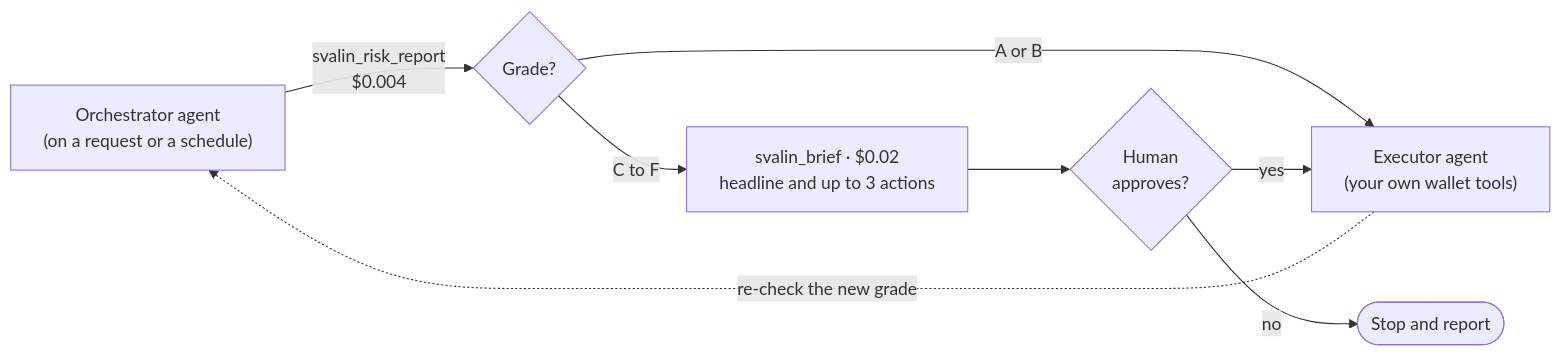
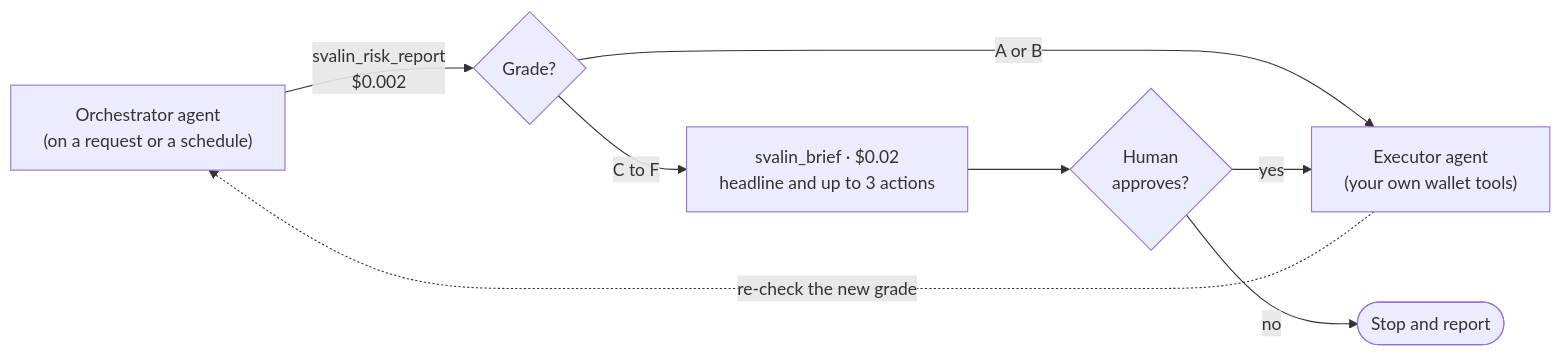
One commit to noobshole/svalin-agent changed the second of 2 diagrams in README.md. Above: the diagram before and after it, drawn with Mermaid. The commit also changed other lines of this file and 23 other files, not shown here.

````diff
--- a/README.md
+++ b/README.md
@@ -156,10 +156,10 @@
 ```mermaid
 flowchart LR
-    O["Orchestrator agent<br/>(on a request or a schedule)"] -->|"svalin_risk_report<br/>$0.004"| G{"Grade?"}
+    O["Orchestrator agent<br/>(on a request or a schedule)"] -->|"svalin_risk_report<br/>$0.002"| G{"Grade?"}
     G -->|"A or B"| X["Executor agent<br/>(your own wallet tools)"]
     G -->|"C to F"| B["svalin_brief · $0.02<br/>headline and up to 3 actions"]
     B --> H{"Human<br/>approves?"}
     H -->|"yes"| X
     H -->|"no"| S(["Stop and report"])
     X -.->|"re-check the new grade"| O
 ```
````
